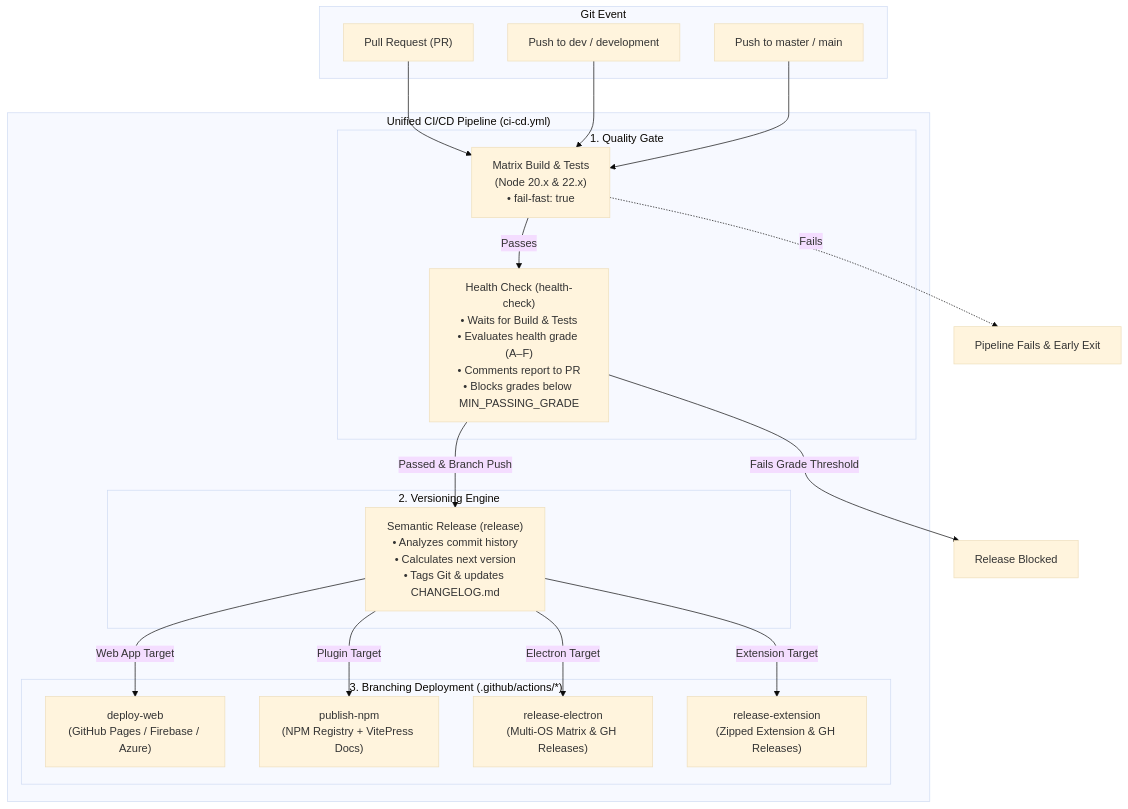
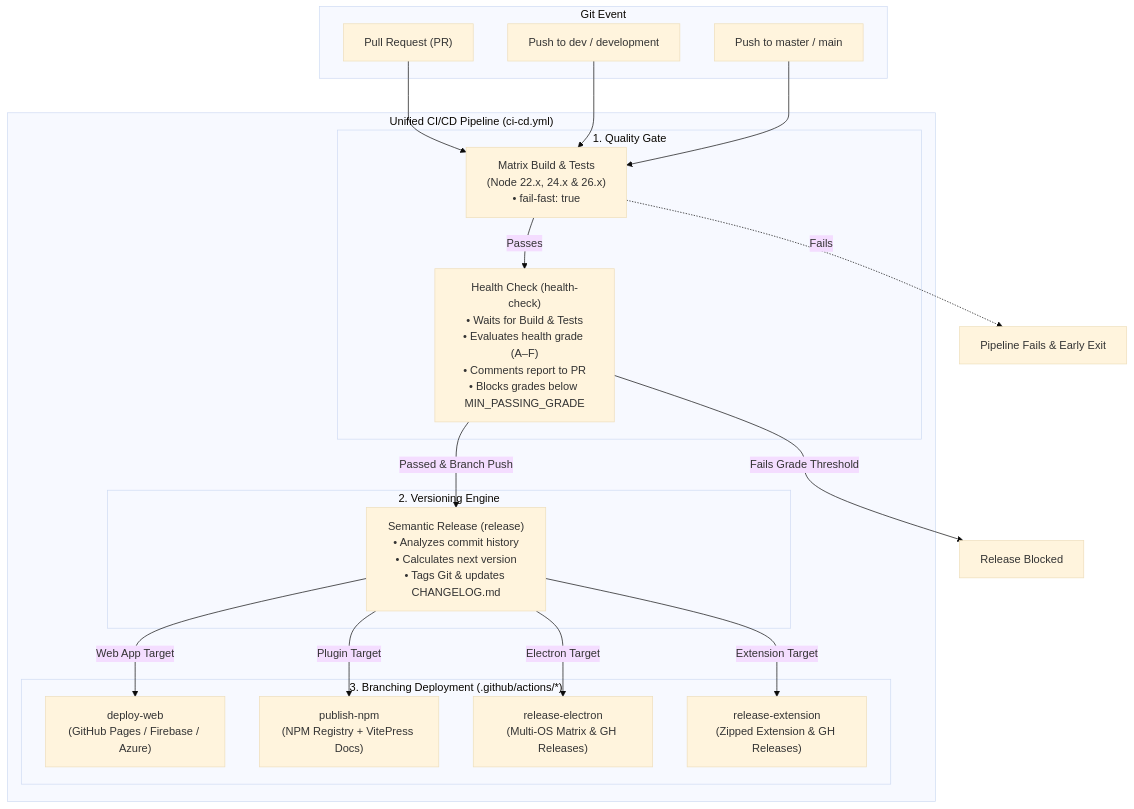
The diagram in .supporting_docs/RELEASE_PROCESS.md (TomGreener91/Vue_Template_Project), drawn with Mermaid (base theme) before and after one commit. The commit also changed other lines of this file and 11 other files, not shown here.

````diff
--- a/.supporting_docs/RELEASE_PROCESS.md
+++ b/.supporting_docs/RELEASE_PROCESS.md
@@ -9,41 +9,41 @@
 ```mermaid
 flowchart TD
     subgraph Trigger["Git Event"]
         PR["Pull Request (PR)"]
         PushDev["Push to dev / development"]
         PushMaster["Push to master / main"]
     end
 
     subgraph Pipeline["Unified CI/CD Pipeline (ci-cd.yml)"]
         subgraph Gatekeeper["1. Quality Gate"]
-            BuildTest["Matrix Build & Tests<br/>(Node 20.x & 22.x)<br/>• fail-fast: true"]
+            BuildTest["Matrix Build & Tests<br/>(Node 22.x, 24.x & 26.x)<br/>• fail-fast: true"]
             HealthCheck["Health Check (health-check)<br/>• Waits for Build & Tests<br/>• Evaluates health grade (A–F)<br/>• Comments report to PR<br/>• Blocks grades below MIN_PASSING_GRADE"]
         end
 
         subgraph Versioning["2. Versioning Engine"]
             Semantic["Semantic Release (release)<br/>• Analyzes commit history<br/>• Calculates next version<br/>• Tags Git & updates CHANGELOG.md"]
         end
 
         subgraph Deployment["3. Branching Deployment (.github/actions/*)"]
             DeployWeb["deploy-web<br/>(GitHub Pages / Firebase / Azure)"]
             PublishNPM["publish-npm<br/>(NPM Registry + VitePress Docs)"]
             ReleaseElec["release-electron<br/>(Multi-OS Matrix & GH Releases)"]
             ReleaseExt["release-extension<br/>(Zipped Extension & GH Releases)"]
         end
     end
 
     PR --> BuildTest
     PushDev --> BuildTest
     PushMaster --> BuildTest
 
     BuildTest -->|Passes| HealthCheck
     BuildTest -.->|Fails| FailCI[Pipeline Fails & Early Exit]
 
     HealthCheck -->|Fails Grade Threshold| FailGate[Release Blocked]
     HealthCheck -->|Passed & Branch Push| Semantic
 
     Semantic -->|Web App Target| DeployWeb
     Semantic -->|Plugin Target| PublishNPM
     Semantic -->|Electron Target| ReleaseElec
     Semantic -->|Extension Target| ReleaseExt
 ```
````
